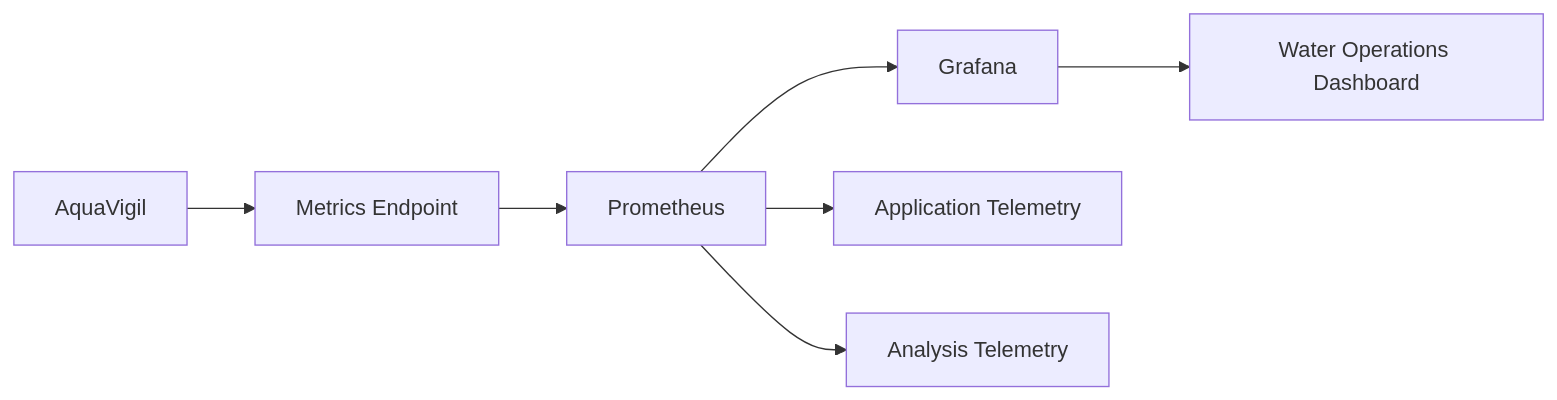
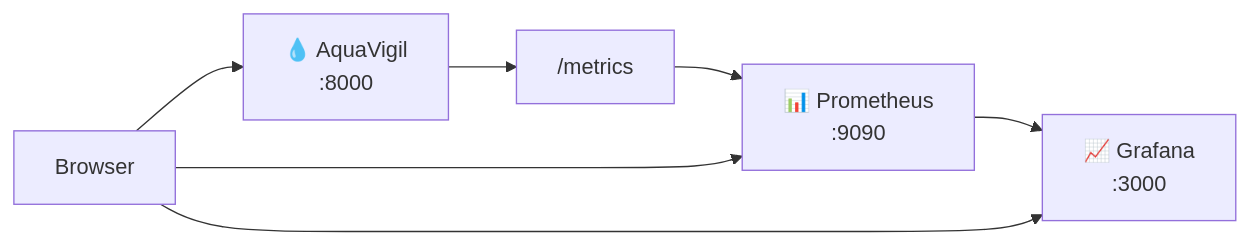
The eighth of 10 diagrams in README.md (HaziqBinAfzal/AquaVigil), drawn with Mermaid before and after one commit. The commit also changed other lines of this file, not shown here.

````diff
--- a/README.md
+++ b/README.md
@@ -613,10 +590,15 @@
 ```mermaid
 flowchart LR
-    A["AquaVigil"] --> B["Metrics Endpoint"]
-    B --> C["Prometheus"]
-    C --> D["Grafana"]
-    D --> E["Water Operations Dashboard"]
+    USER["Browser"]
+    APP["💧 AquaVigil<br/>:8000"]
+    MET["/metrics"]
+    PROM["📊 Prometheus<br/>:9090"]
+    GRAF["📈 Grafana<br/>:3000"]
 
-    C --> F["Application Telemetry"]
-    C --> G["Analysis Telemetry"]
+    USER --> APP
+    APP --> MET
+    MET --> PROM
+    PROM --> GRAF
+    USER --> GRAF
+    USER --> PROM
 ```
````
